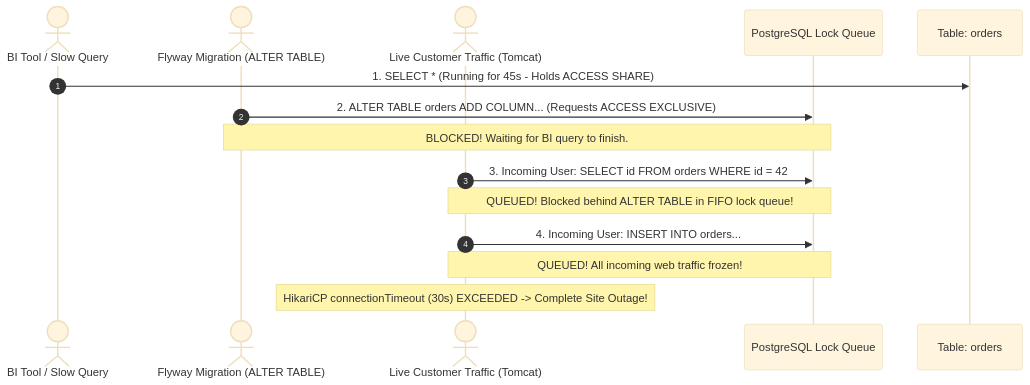
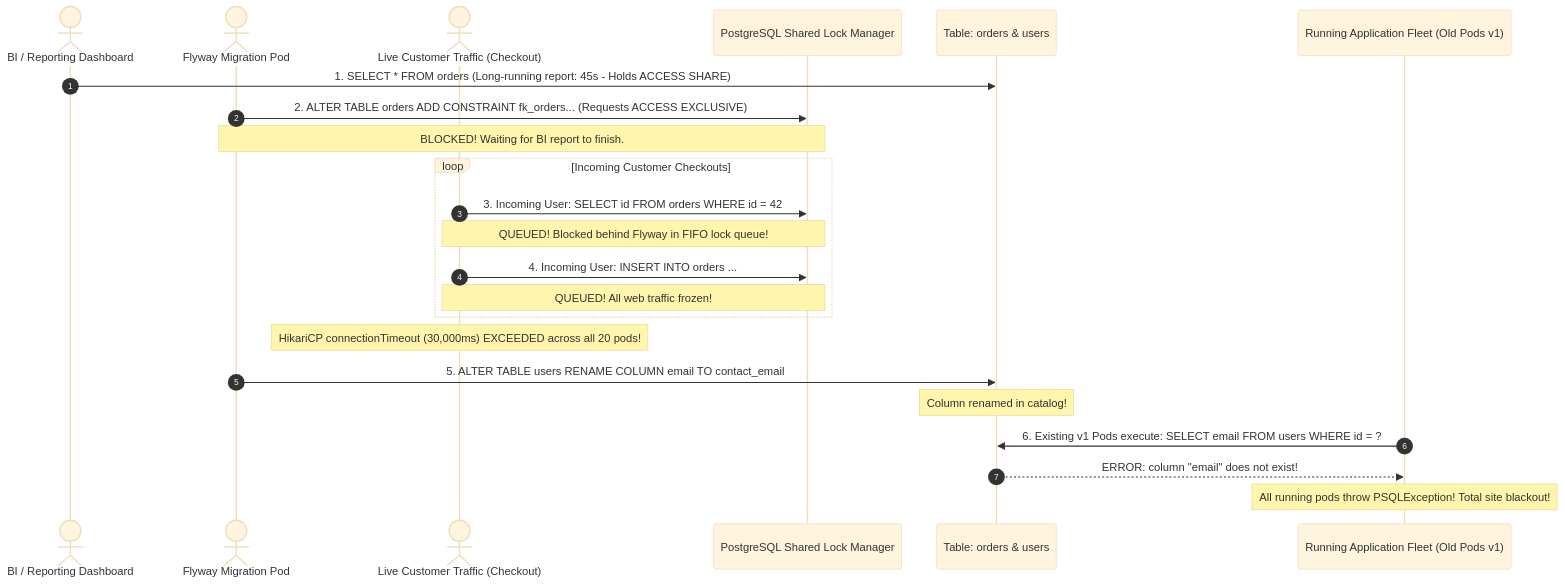
The second of 3 diagrams in docs/database/schema-change-mastery.mdx (weaponxwolf/backend-engineering-mastry), drawn with Mermaid (base theme) before and after one commit. The commit also changed other lines of this file and 16 other files, not shown here.

Commit message:
refactor: overhaul query design and migration documentation with detailed physical storage, visibility map, and concurrency safety principles.

````diff
--- a/docs/database/schema-change-mastery.mdx
+++ b/docs/database/schema-change-mastery.mdx
@@ -38,18 +98,30 @@
 ```mermaid
 sequenceDiagram
     autonumber
-    actor BI as BI Tool / Slow Query
-    actor Flyway as Flyway Migration (ALTER TABLE)
-    actor Users as Live Customer Traffic (Tomcat)
-    participant LockQueue as PostgreSQL Lock Queue
-    participant Table as Table: orders
+    actor BI as BI / Reporting Dashboard
+    actor Flyway as Flyway Migration Pod
+    actor Users as Live Customer Traffic (Checkout)
+    participant LockQueue as PostgreSQL Shared Lock Manager
+    participant Table as Table: orders & users
+    participant AppFleet as Running Application Fleet (Old Pods v1)
 
-    BI->>Table: 1. SELECT * (Running for 45s - Holds ACCESS SHARE)
-    Flyway->>LockQueue: 2. ALTER TABLE orders ADD COLUMN... (Requests ACCESS EXCLUSIVE)
-    Note over Flyway,LockQueue: BLOCKED! Waiting for BI query to finish.
-    Users->>LockQueue: 3. Incoming User: SELECT id FROM orders WHERE id = 42
-    Note over Users,LockQueue: QUEUED! Blocked behind ALTER TABLE in FIFO lock queue!
-    Users->>LockQueue: 4. Incoming User: INSERT INTO orders...
-    Note over Users,LockQueue: QUEUED! All incoming web traffic frozen!
-    Note over Users: HikariCP connectionTimeout (30s) EXCEEDED -> Complete Site Outage!
+    BI->>Table: 1. SELECT * FROM orders (Long-running report: 45s - Holds ACCESS SHARE)
+    Flyway->>LockQueue: 2. ALTER TABLE orders ADD CONSTRAINT fk_orders... (Requests ACCESS EXCLUSIVE)
+    Note over Flyway,LockQueue: BLOCKED! Waiting for BI report to finish.
+    
+    loop Incoming Customer Checkouts
+        Users->>LockQueue: 3. Incoming User: SELECT id FROM orders WHERE id = 42
+        Note over Users,LockQueue: QUEUED! Blocked behind Flyway in FIFO lock queue!
+        Users->>LockQueue: 4. Incoming User: INSERT INTO orders ...
+        Note over Users,LockQueue: QUEUED! All web traffic frozen!
+    end
+
+    Note over Users: HikariCP connectionTimeout (30,000ms) EXCEEDED across all 20 pods!
+    
+    Flyway->>Table: 5. ALTER TABLE users RENAME COLUMN email TO contact_email
+    Note over Table: Column renamed in catalog!
+    
+    AppFleet->>Table: 6. Existing v1 Pods execute: SELECT email FROM users WHERE id = ?
+    Table-->>AppFleet: ERROR: column "email" does not exist!
+    Note over AppFleet: All running pods throw PSQLException! Total site blackout!
 ```
````
